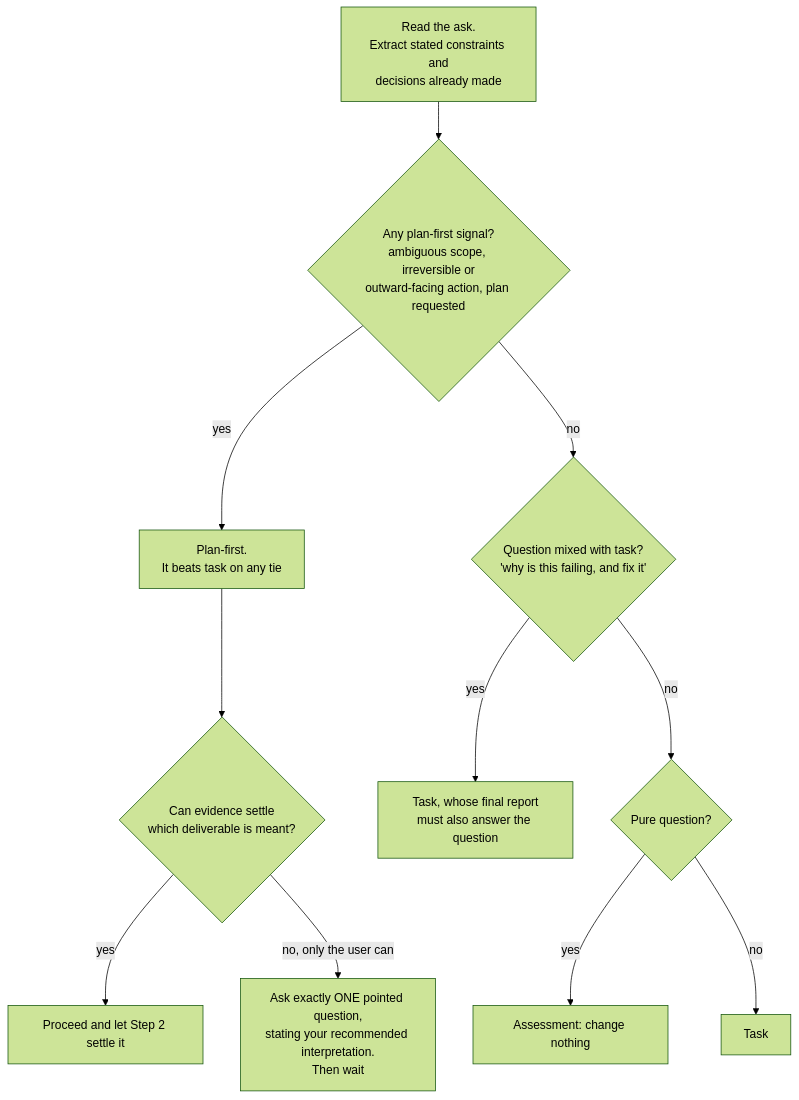
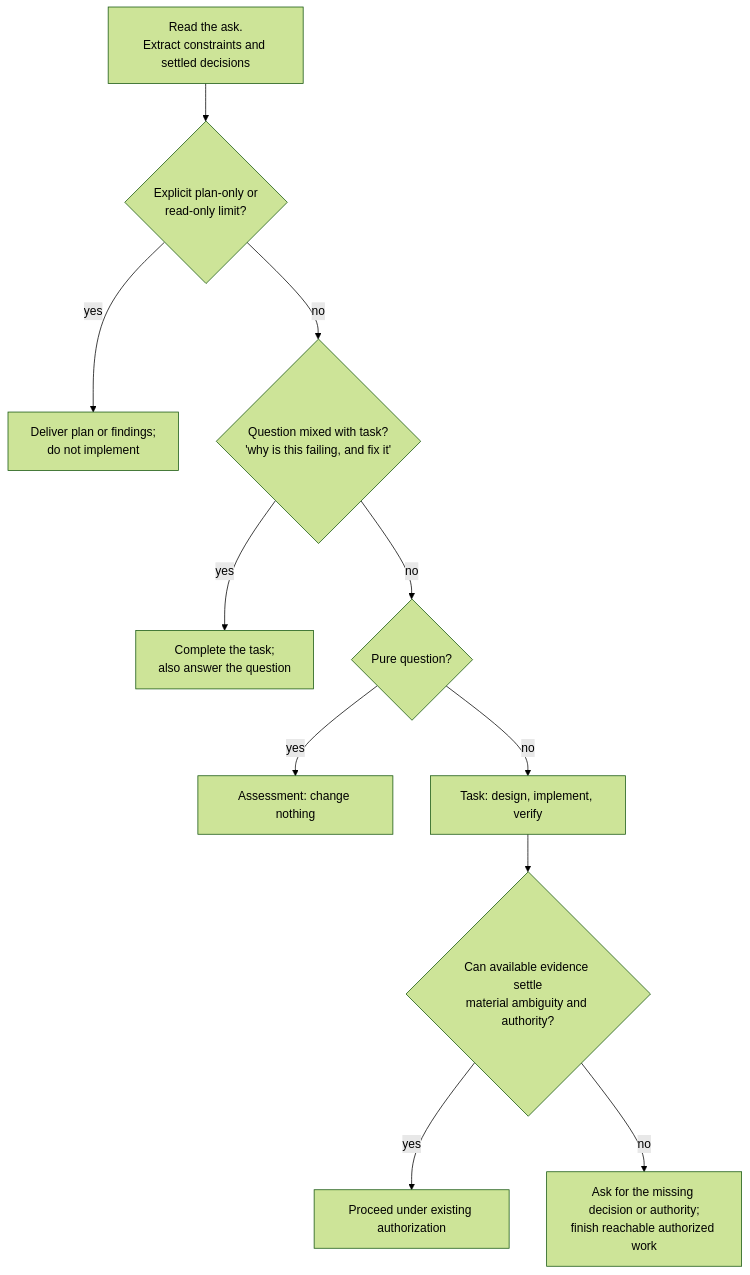
Before and after one commit to oleg494/coding-kit: the second of 8 diagrams in skills/fable-method/references/flowcharts.md, drawn with Mermaid (forest theme). The commit also changed other lines of this file and 92 other files, not shown here.

````diff
--- a/skills/fable-method/references/flowcharts.md
+++ b/skills/fable-method/references/flowcharts.md
@@ -30,13 +30,13 @@
 ```mermaid
 flowchart TD
-    A["Read the ask.<br/>Extract stated constraints and<br/>decisions already made"] --> B{"Any plan-first signal?<br/>ambiguous scope, irreversible or<br/>outward-facing action, plan requested"}
-    B -->|yes| P["Plan-first.<br/>It beats task on any tie"]
+    A["Read the ask.<br/>Extract constraints and settled decisions"] --> B{"Explicit plan-only or<br/>read-only limit?"}
+    B -->|yes| P["Deliver plan or findings;<br/>do not implement"]
     B -->|no| C{"Question mixed with task?<br/>'why is this failing, and fix it'"}
-    C -->|yes| T2["Task, whose final report<br/>must also answer the question"]
+    C -->|yes| T2["Complete the task;<br/>also answer the question"]
     C -->|no| D{"Pure question?"}
     D -->|yes| Q["Assessment: change nothing"]
-    D -->|no| T["Task"]
-    P --> AMB{"Can evidence settle<br/>which deliverable is meant?"}
-    AMB -->|yes| GO["Proceed and let Step 2 settle it"]
-    AMB -->|"no, only the user can"| ASK["Ask exactly ONE pointed question,<br/>stating your recommended interpretation.<br/>Then wait"]
+    D -->|no| T["Task: design, implement, verify"]
+    T --> AMB{"Can available evidence settle<br/>material ambiguity and authority?"}
+    AMB -->|yes| GO["Proceed under existing authorization"]
+    AMB -->|no| ASK["Ask for the missing decision or authority;<br/>finish reachable authorized work"]
 ```
````
